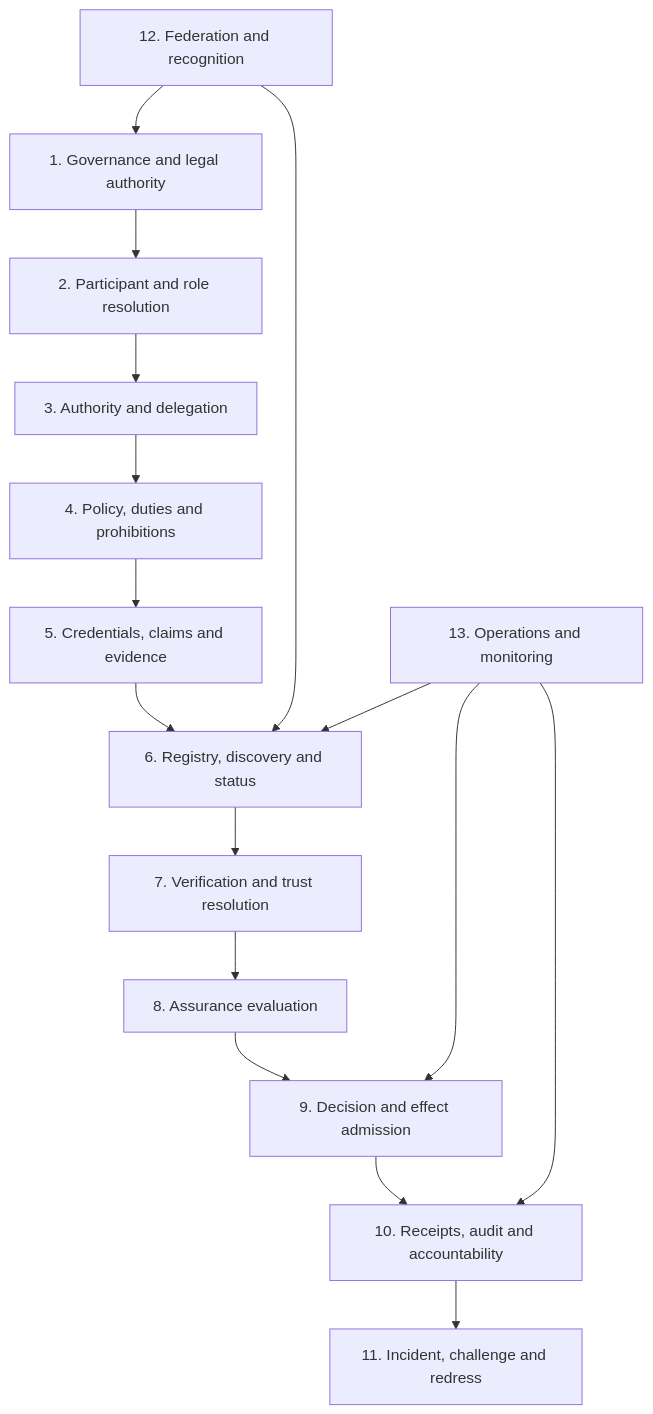
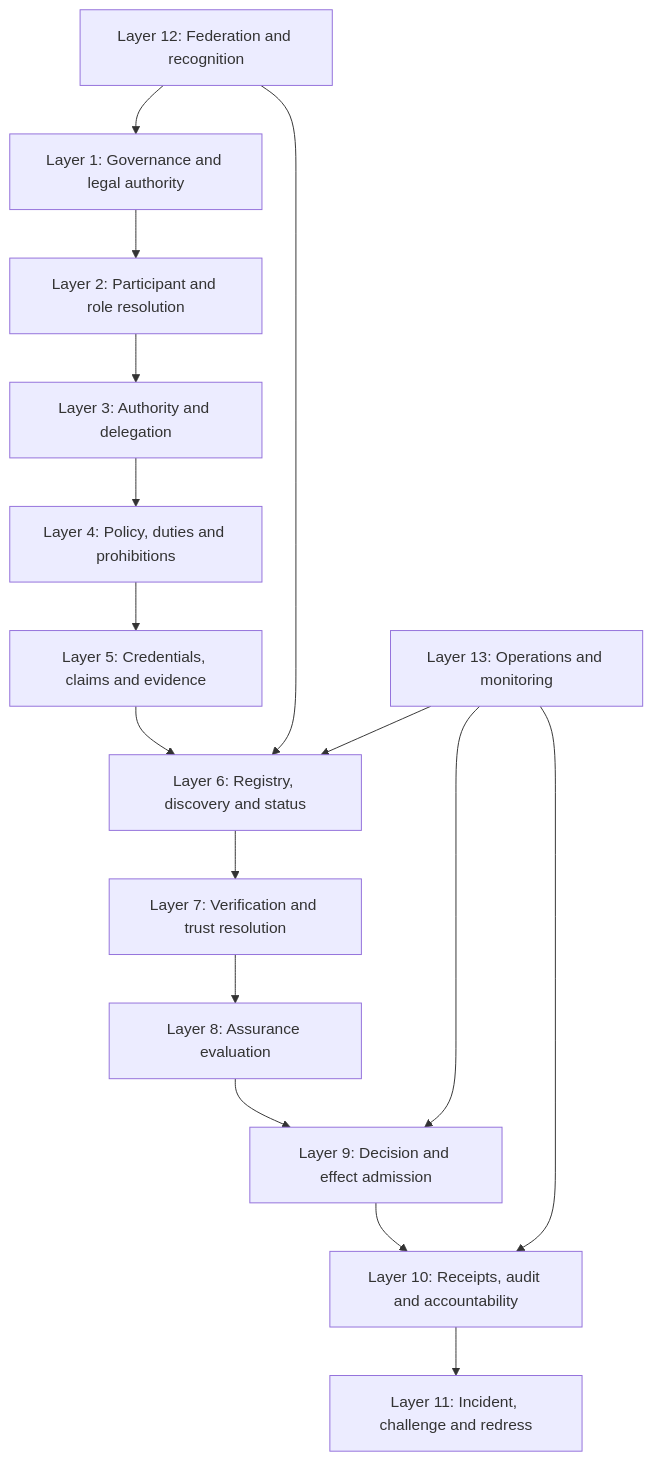
One commit to sankarshanmukhopadhyay/open-national-digital-trust-framework changed the diagram in docs/architecture/layered-reference-architecture.md. Above: the diagram before and after it, drawn with Mermaid. The commit also changed 9 other files, not shown here.

````diff
--- a/docs/architecture/layered-reference-architecture.md
+++ b/docs/architecture/layered-reference-architecture.md
@@ -12,22 +12,22 @@
 ```mermaid
 flowchart TB
-  L1[1. Governance and legal authority]
-  L2[2. Participant and role resolution]
-  L3[3. Authority and delegation]
-  L4[4. Policy, duties and prohibitions]
-  L5[5. Credentials, claims and evidence]
-  L6[6. Registry, discovery and status]
-  L7[7. Verification and trust resolution]
-  L8[8. Assurance evaluation]
-  L9[9. Decision and effect admission]
-  L10[10. Receipts, audit and accountability]
-  L11[11. Incident, challenge and redress]
-  L12[12. Federation and recognition]
-  L13[13. Operations and monitoring]
+  L1["Layer 1: Governance and legal authority"]
+  L2["Layer 2: Participant and role resolution"]
+  L3["Layer 3: Authority and delegation"]
+  L4["Layer 4: Policy, duties and prohibitions"]
+  L5["Layer 5: Credentials, claims and evidence"]
+  L6["Layer 6: Registry, discovery and status"]
+  L7["Layer 7: Verification and trust resolution"]
+  L8["Layer 8: Assurance evaluation"]
+  L9["Layer 9: Decision and effect admission"]
+  L10["Layer 10: Receipts, audit and accountability"]
+  L11["Layer 11: Incident, challenge and redress"]
+  L12["Layer 12: Federation and recognition"]
+  L13["Layer 13: Operations and monitoring"]
   L1 --> L2 --> L3 --> L4 --> L5 --> L6 --> L7 --> L8 --> L9 --> L10 --> L11
   L12 --> L1
   L12 --> L6
   L13 --> L6
   L13 --> L9
   L13 --> L10
 ```
````
